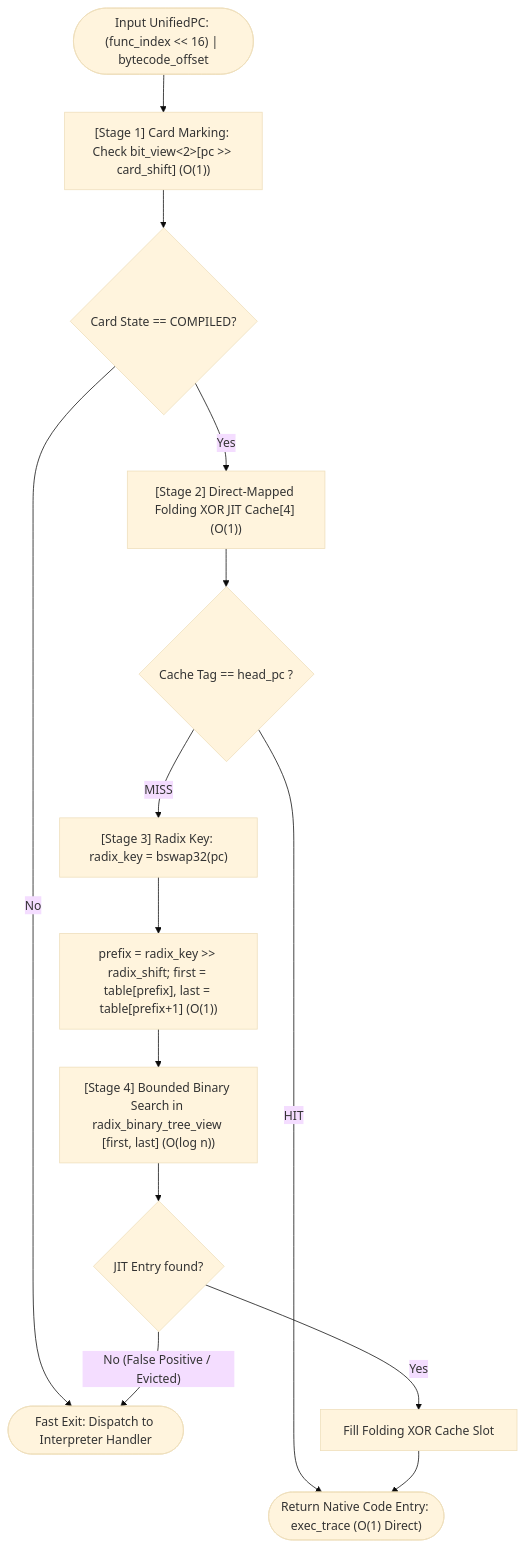
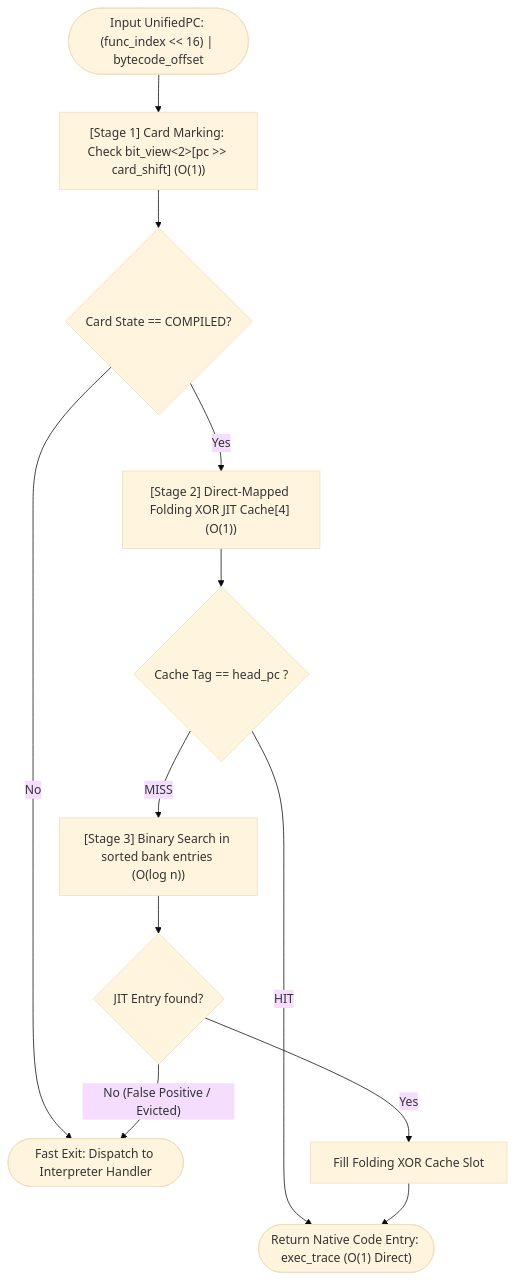
One commit to kmt-t/fireball changed the second of 5 diagrams in docs/components/tier3_jit/jit_runtime.md. Above: the diagram before and after it, drawn with Mermaid (base theme). The commit also changed other lines of this file and 208 other files, not shown here.

Commit message:
Refactor project architecture and simplify implementation

````diff
--- a/docs/components/tier3_jit/jit_runtime.md
+++ b/docs/components/tier3_jit/jit_runtime.md
@@ -91,19 +107,17 @@
 ```mermaid
 flowchart TD
     Start(["Input UnifiedPC: (func_index << 16) | bytecode_offset"]) --> Stage1["[Stage 1] Card Marking: Check bit_view<2>[pc >> card_shift] (O(1))"]
     Stage1 --> CheckCompiled{"Card State == COMPILED?"}
 
     CheckCompiled -- "No" --> ExitInterp(["Fast Exit: Dispatch to Interpreter Handler"])
     CheckCompiled -- "Yes" --> StageFast["[Stage 2] Direct-Mapped Folding XOR JIT Cache[4] (O(1))"]
 
     StageFast --> FastHit{"Cache Tag == head_pc ?"}
     FastHit -- "HIT" --> ReturnTrace(["Return Native Code Entry: exec_trace (O(1) Direct)"])
 
-    FastHit -- "MISS" --> StageRadix["[Stage 3] Radix Key: radix_key = bswap32(pc)"]
-    StageRadix --> LookupRadix["prefix = radix_key >> radix_shift; first = table[prefix], last = table[prefix+1] (O(1))"]
-    LookupRadix --> StageBinary["[Stage 4] Bounded Binary Search in radix_binary_tree_view [first, last] (O(log n))"]
+    FastHit -- "MISS" --> StageBinary["[Stage 3] Binary Search in sorted bank entries (O(log n))"]
 
     StageBinary --> Hit{"JIT Entry found?"}
     Hit -- "Yes" --> FillSlot["Fill Folding XOR Cache Slot"] --> ReturnTrace
     Hit -- "No (False Positive / Evicted)" --> ExitInterp
 ```
````
